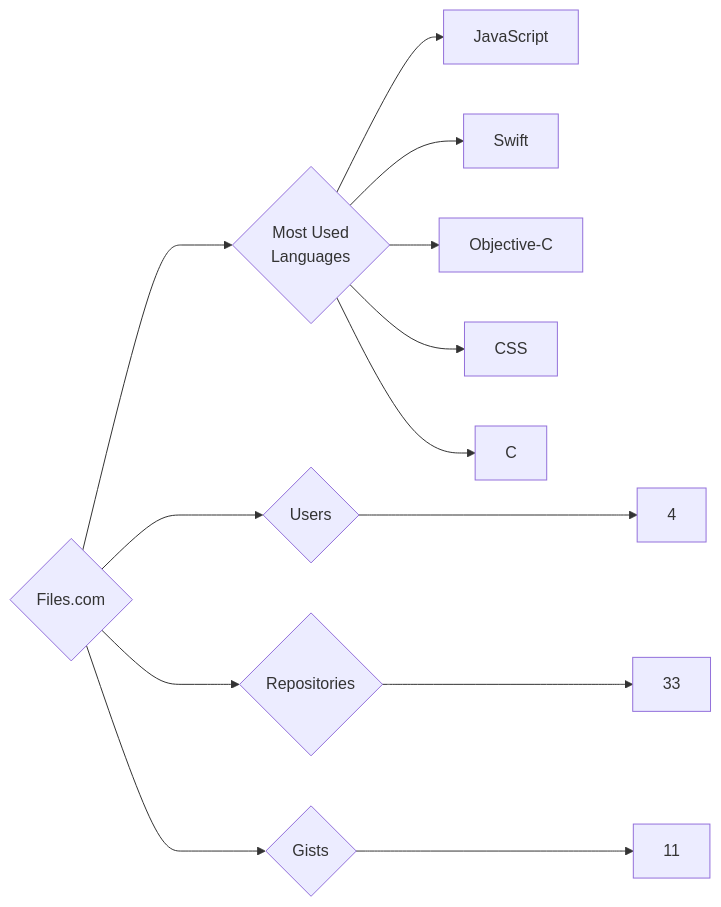
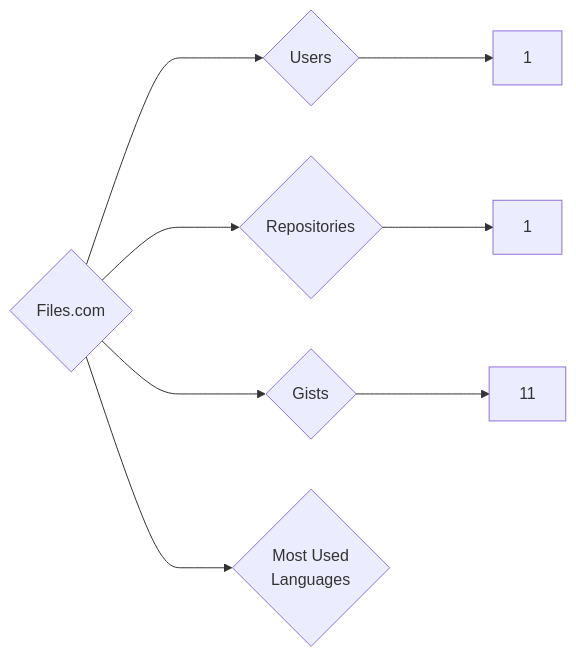
The diagram in targets/Files.com/README.md (trickest/insiders), drawn with Mermaid before and after one commit. The commit also changed 1238 other files, not shown here.

````diff
--- a/targets/Files.com/README.md
+++ b/targets/Files.com/README.md
@@ -3,13 +3,8 @@
 ```mermaid
 graph LR
 COMPANY_NAME{Files.com}
-COMPANY_NAME ---> U{Users} ---> UN[4]
-COMPANY_NAME ---> R{Repositories} ---> RN[33]
+COMPANY_NAME ---> U{Users} ---> UN[1]
+COMPANY_NAME ---> R{Repositories} ---> RN[1]
 COMPANY_NAME ---> G{Gists} ---> GN[11]
 COMPANY_NAME ---> ML{Most Used<br>Languages}
-ML --> JavaScript[JavaScript]
-ML --> Swift[Swift]
-ML --> Objective-C[Objective-C]
-ML --> CSS[CSS]
-ML --> C[C]
 ```
````
